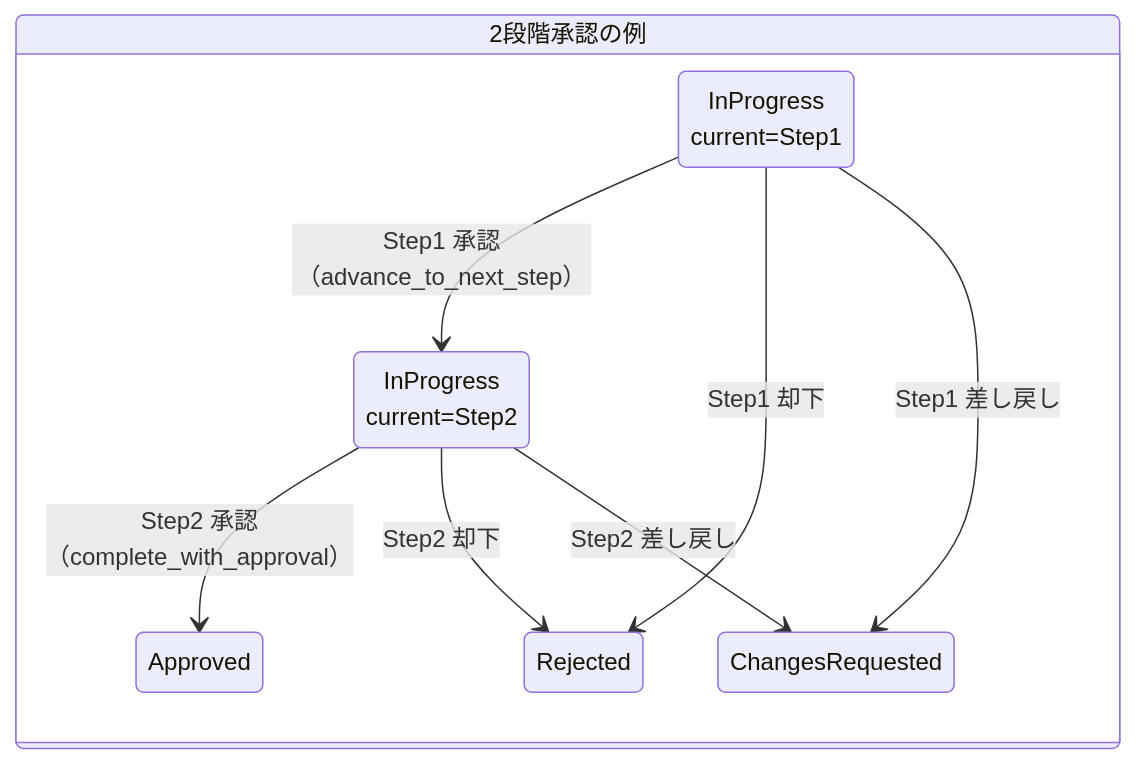
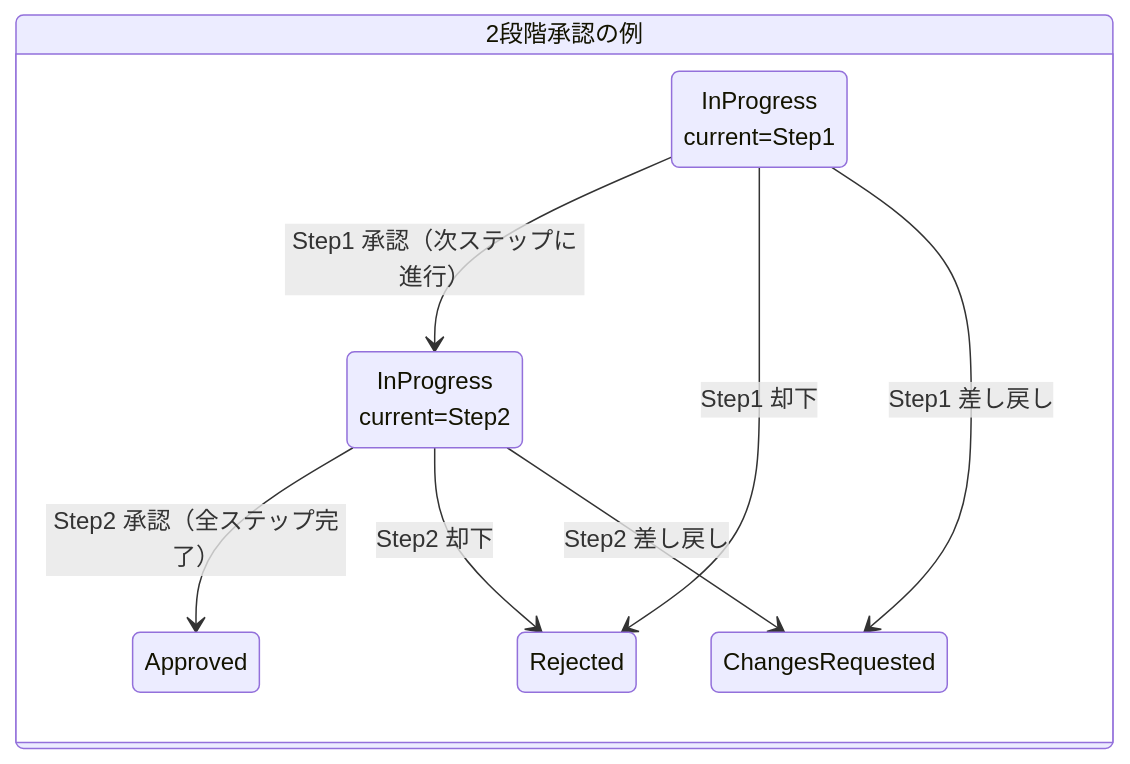
One commit to ka2kama/ringiflow changed the fourth of 4 diagrams in docs/90_実装解説/ワークフロー/04_多段階承認フロー.md. Above: the diagram before and after it, drawn with Mermaid. The commit also changed other lines of this file and 2 other files, not shown here.

First line of the commit message:
#1128 Remove internal implementation details from flow docs

````diff
--- a/docs/90_実装解説/ワークフロー/04_多段階承認フロー.md
+++ b/docs/90_実装解説/ワークフロー/04_多段階承認フロー.md
@@ -133,15 +133,15 @@
 ```mermaid
 stateDiagram-v2
     state "2段階承認の例" as flow {
         state "InProgress<br/>current=Step1" as s1
         state "InProgress<br/>current=Step2" as s2
         state "Approved" as approved
 
-        s1 --> s2: Step1 承認（advance_to_next_step）
-        s2 --> approved: Step2 承認（complete_with_approval）
+        s1 --> s2: Step1 承認（次ステップに進行）
+        s2 --> approved: Step2 承認（全ステップ完了）
         s1 --> Rejected: Step1 却下
         s2 --> Rejected: Step2 却下
         s1 --> ChangesRequested: Step1 差し戻し
         s2 --> ChangesRequested: Step2 差し戻し
     }
 ```
````
